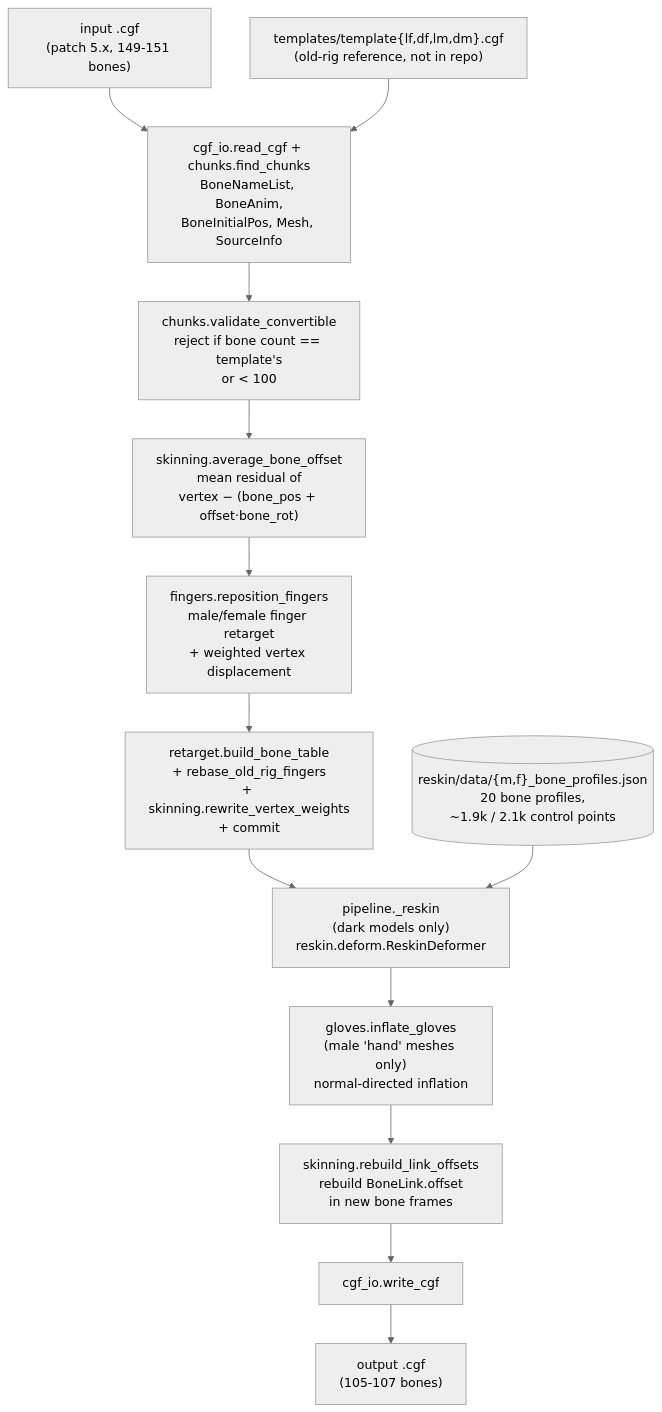
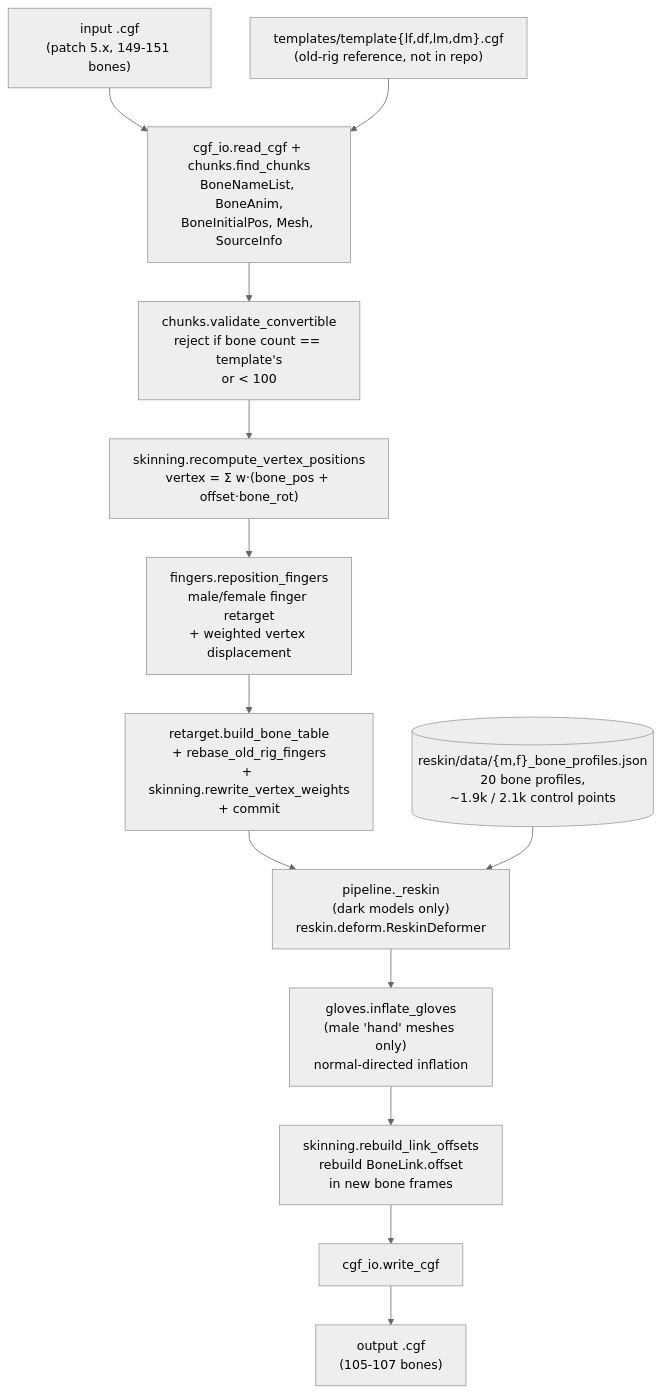
Before and after one commit to DenisKuivalainen/transform-cgf: the diagram in README.md, drawn with Mermaid (neutral theme). The commit also changed 3 other files, not shown here.

Commit message:
remove bone offset

````diff
--- a/README.md
+++ b/README.md
@@ -92,15 +92,15 @@
 ```mermaid
 flowchart TD
     IN["input .cgf<br/>(patch 5.x, 149-151 bones)"] --> READ
     TPL["templates/template{lf,df,lm,dm}.cgf<br/>(old-rig reference, not in repo)"] --> READ
     READ["cgf_io.read_cgf + chunks.find_chunks<br/>BoneNameList, BoneAnim,<br/>BoneInitialPos, Mesh, SourceInfo"] --> VAL
     VAL["chunks.validate_convertible<br/>reject if bone count == template's<br/>or &lt; 100"] --> OFF
-    OFF["skinning.average_bone_offset<br/>mean residual of<br/>vertex − (bone_pos + offset·bone_rot)"] --> FING
+    OFF["skinning.recompute_vertex_positions<br/>vertex = Σ w·(bone_pos + offset·bone_rot)"] --> FING
     FING["fingers.reposition_fingers<br/>male/female finger retarget<br/>+ weighted vertex displacement"] --> XF
     XF["retarget.build_bone_table<br/>+ rebase_old_rig_fingers<br/>+ skinning.rewrite_vertex_weights<br/>+ commit"] --> RS
     RS["pipeline._reskin<br/>(dark models only)<br/>reskin.deform.ReskinDeformer"] --> GL
     PROF[("reskin/data/{m,f}_bone_profiles.json<br/>20 bone profiles,<br/>~1.9k / 2.1k control points")] --> RS
     GL["gloves.inflate_gloves<br/>(male 'hand' meshes only)<br/>normal-directed inflation"] --> LNK
     LNK["skinning.rebuild_link_offsets<br/>rebuild BoneLink.offset<br/>in new bone frames"] --> W
     W["cgf_io.write_cgf"] --> OUT["output .cgf<br/>(105-107 bones)"]
 ```
````
